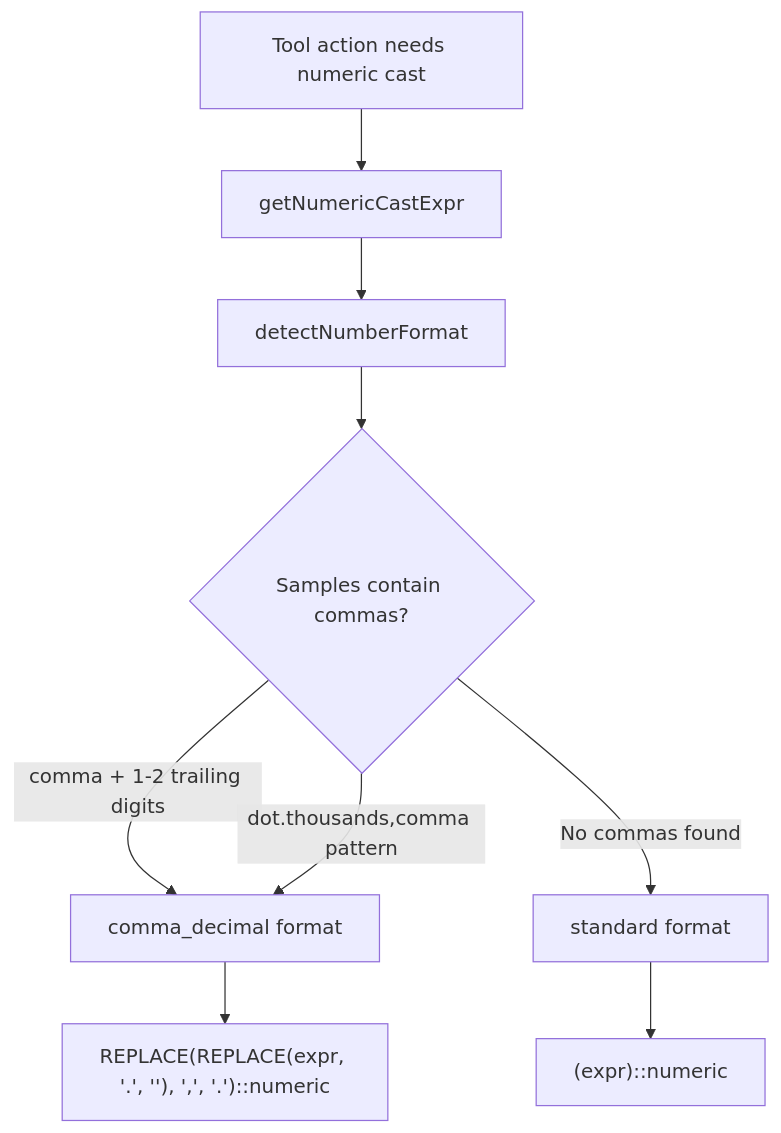
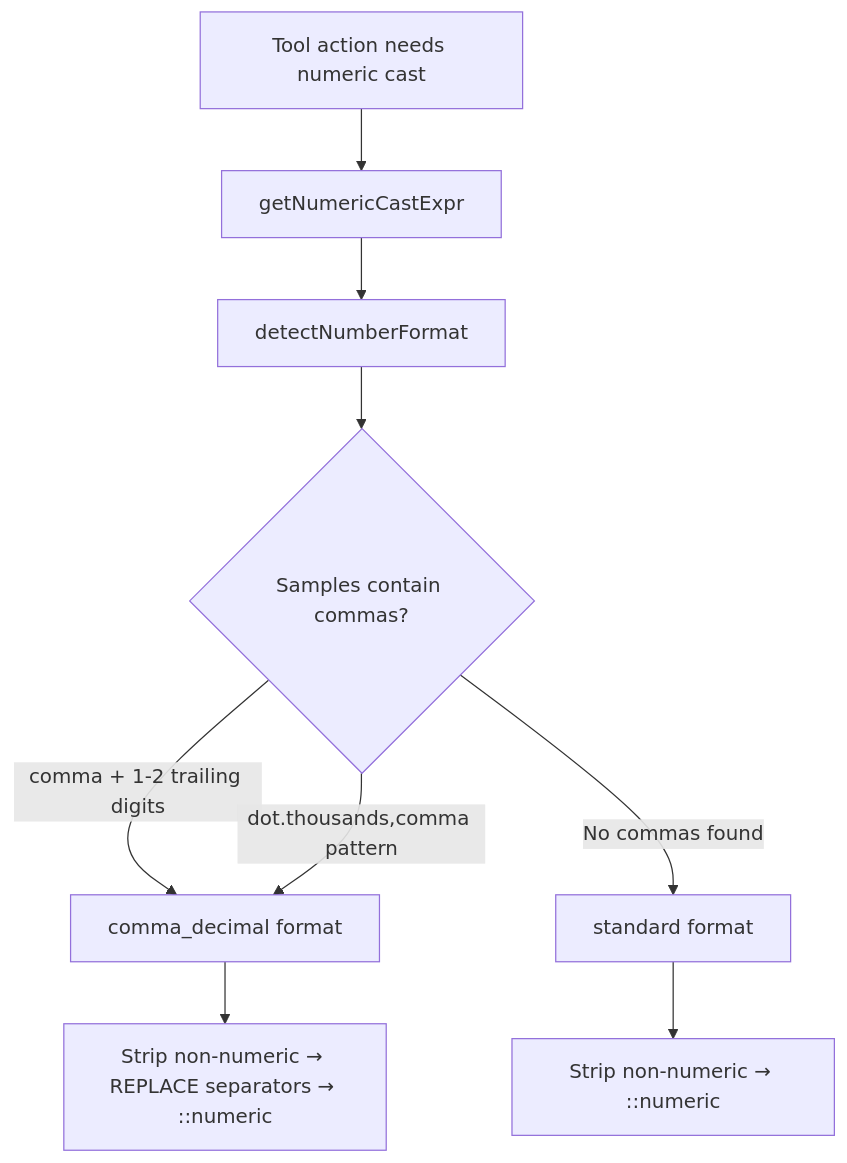
Before and after one commit to hinora/data-analysis: the diagram in docs/domain-knowledge/numeric-comma-handling.md, drawn with Mermaid. The commit also changed other lines of this file and 9 other files, not shown here.

````diff
--- a/docs/domain-knowledge/numeric-comma-handling.md
+++ b/docs/domain-knowledge/numeric-comma-handling.md
@@ -19,11 +25,11 @@
 ```mermaid
 flowchart TD
     A[Tool action needs numeric cast] --> B[getNumericCastExpr]
     B --> C[detectNumberFormat]
     C --> D{Samples contain commas?}
     D -->|comma + 1-2 trailing digits| E[comma_decimal format]
     D -->|dot.thousands,comma pattern| E
     D -->|No commas found| F[standard format]
-    E --> G["REPLACE(REPLACE(expr, '.', ''), ',', '.')::numeric"]
-    F --> H["(expr)::numeric"]
+    E --> G["Strip non-numeric → REPLACE separators → ::numeric"]
+    F --> H["Strip non-numeric → ::numeric"]
 ```
````
